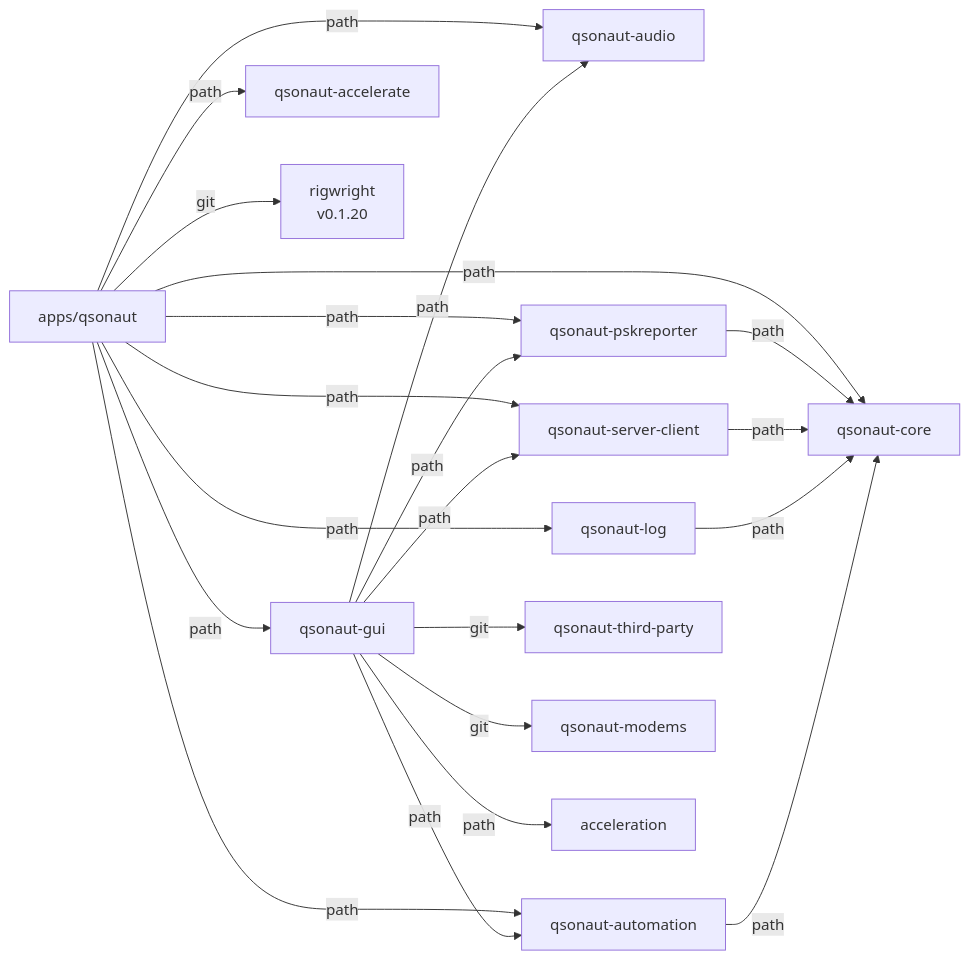
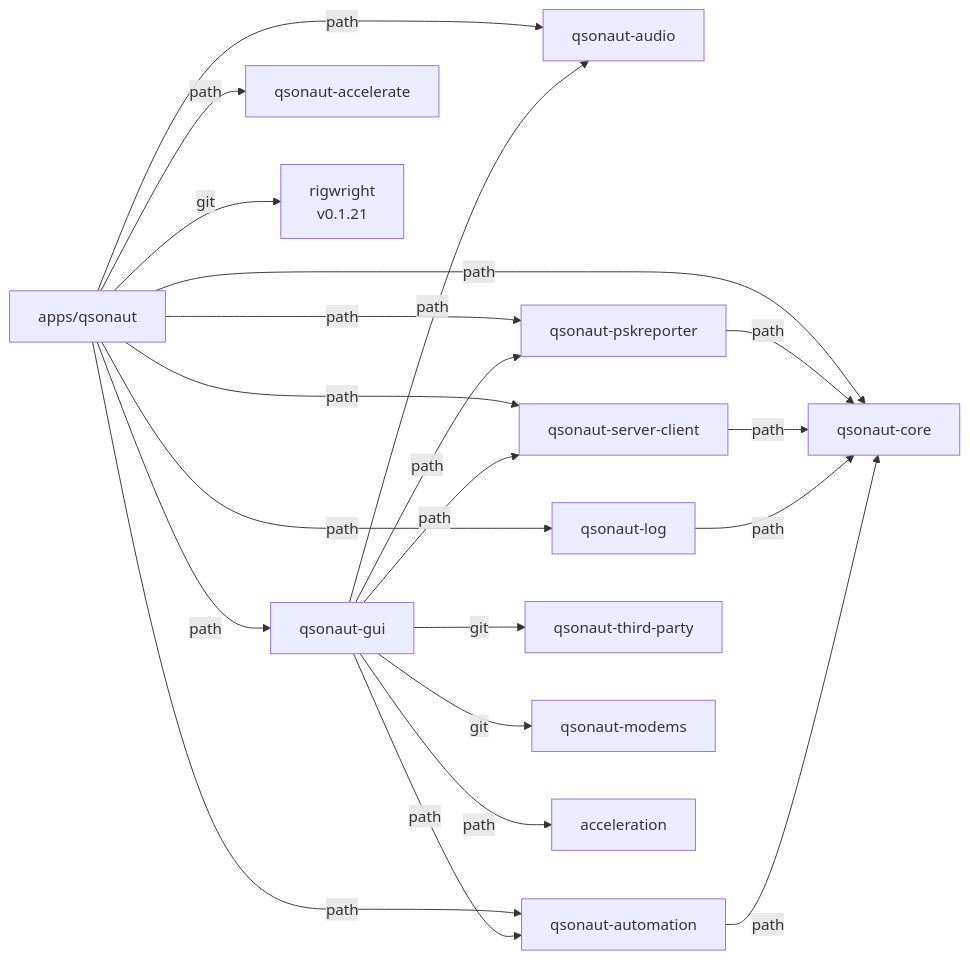
Before and after one commit to nicksbar/QSONaut: the third of 6 diagrams in docs/ARCHITECTURE.md, drawn with Mermaid. The commit also changed other lines of this file and 2 other files, not shown here.

Commit message:
Align QSONaut applications with Rigwright 0.1.21

````diff
--- a/docs/ARCHITECTURE.md
+++ b/docs/ARCHITECTURE.md
@@ -90,38 +90,38 @@
 ```mermaid
 graph LR
     qsonaut[apps/qsonaut]
     audio[qsonaut-audio]
     core[qsonaut-core]
     gui[qsonaut-gui]
     log[qsonaut-log]
     automation[qsonaut-automation]
     psk[qsonaut-pskreporter]
     server-client[qsonaut-server-client]
     accelerate[qsonaut-accelerate]
     third-party[qsonaut-third-party]
     modems[qsonaut-modems]
-    rigwright[rigwright<br/>v0.1.20]
+    rigwright[rigwright<br/>v0.1.21]
     
     qsonaut -->|path| gui
     qsonaut -->|path| core
     qsonaut -->|path| audio
     qsonaut -->|path| log
     qsonaut -->|path| automation
     qsonaut -->|path| psk
     qsonaut -->|path| server-client
     qsonaut -->|path| accelerate
     qsonaut -->|git| rigwright
     
     gui -->|git| third-party
     gui -->|git| modems
     gui -->|path| audio
     gui -->|path| acceleration
     gui -->|path| automation
     gui -->|path| server-client
     gui -->|path| psk
     
     psk -->|path| core
     server-client -->|path| core
     log -->|path| core
     automation -->|path| core
 ```
````
